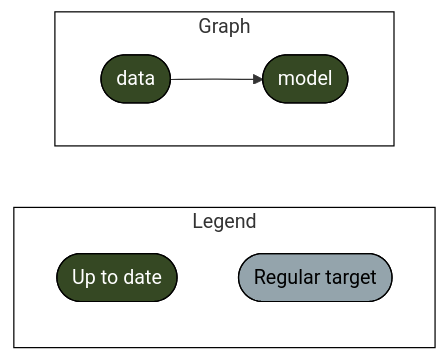
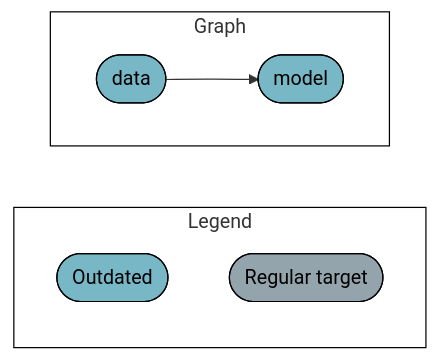
Before and after one commit to Aariq/targets_test: the diagram in README.md, drawn with Mermaid. The commit also changed 1 other file, not shown here.

Commit message:
get fenced div to work

````diff
--- a/README.md
+++ b/README.md
@@ -4,16 +4,16 @@
-``` mermaid
-graph LR
-  style Legend fill:#FFFFFF00,stroke:#000000;
-  style Graph fill:#FFFFFF00,stroke:#000000;
-  subgraph Legend
-    xf1522833a4d242c5(["Up to date"]):::uptodate
-    xd03d7c7dd2ddda2b(["Regular target"]):::none
-  end
-  subgraph Graph
-    direction LR
-    x9755545176a05140(["data"]):::uptodate --> x9043e9d6bef6a839(["model"]):::uptodate
-    
-  end
-  classDef uptodate stroke:#000000,color:#ffffff,fill:#354823;
-  classDef none stroke:#000000,color:#000000,fill:#94a4ac;
-```
+    ::: mermaid
+    graph LR
+      style Legend fill:#FFFFFF00,stroke:#000000;
+      style Graph fill:#FFFFFF00,stroke:#000000;
+      subgraph Legend
+        x2db1ec7a48f65a9b(["Outdated"]):::outdated
+        xd03d7c7dd2ddda2b(["Regular target"]):::none
+      end
+      subgraph Graph
+        direction LR
+        x9755545176a05140(["data"]):::outdated --> x9043e9d6bef6a839(["model"]):::outdated
+        
+      end
+      classDef outdated stroke:#000000,color:#000000,fill:#78B7C5;
+      classDef none stroke:#000000,color:#000000,fill:#94a4ac;
+    :::
````
